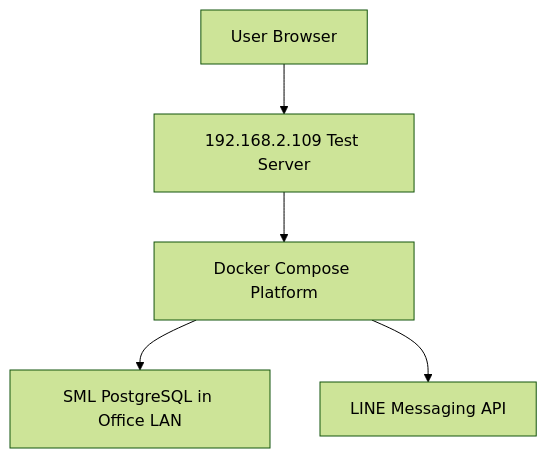
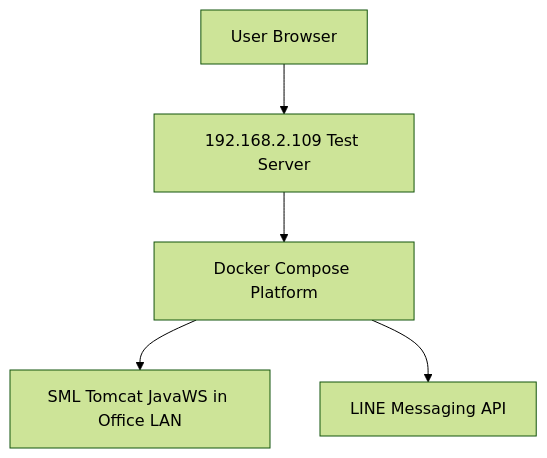
The diagram in docs/09_TECH_STACK_AND_DEPLOYMENT_TH.md (bosocmputer/ai-business-command-center), drawn with Mermaid (forest theme) before and after one commit. The commit also changed other lines of this file and 87 other files, not shown here.

````diff
--- a/docs/09_TECH_STACK_AND_DEPLOYMENT_TH.md
+++ b/docs/09_TECH_STACK_AND_DEPLOYMENT_TH.md
@@ -205,7 +207,7 @@
 ```mermaid
 flowchart TD
     Test[192.168.2.109 Test Server] --> Platform[Docker Compose Platform]
-    Platform --> SML[SML PostgreSQL in Office LAN]
+    Platform --> SML[SML Tomcat JavaWS in Office LAN]
     Platform --> LINE[LINE Messaging API]
     User[User Browser] --> Test
 ```
````
